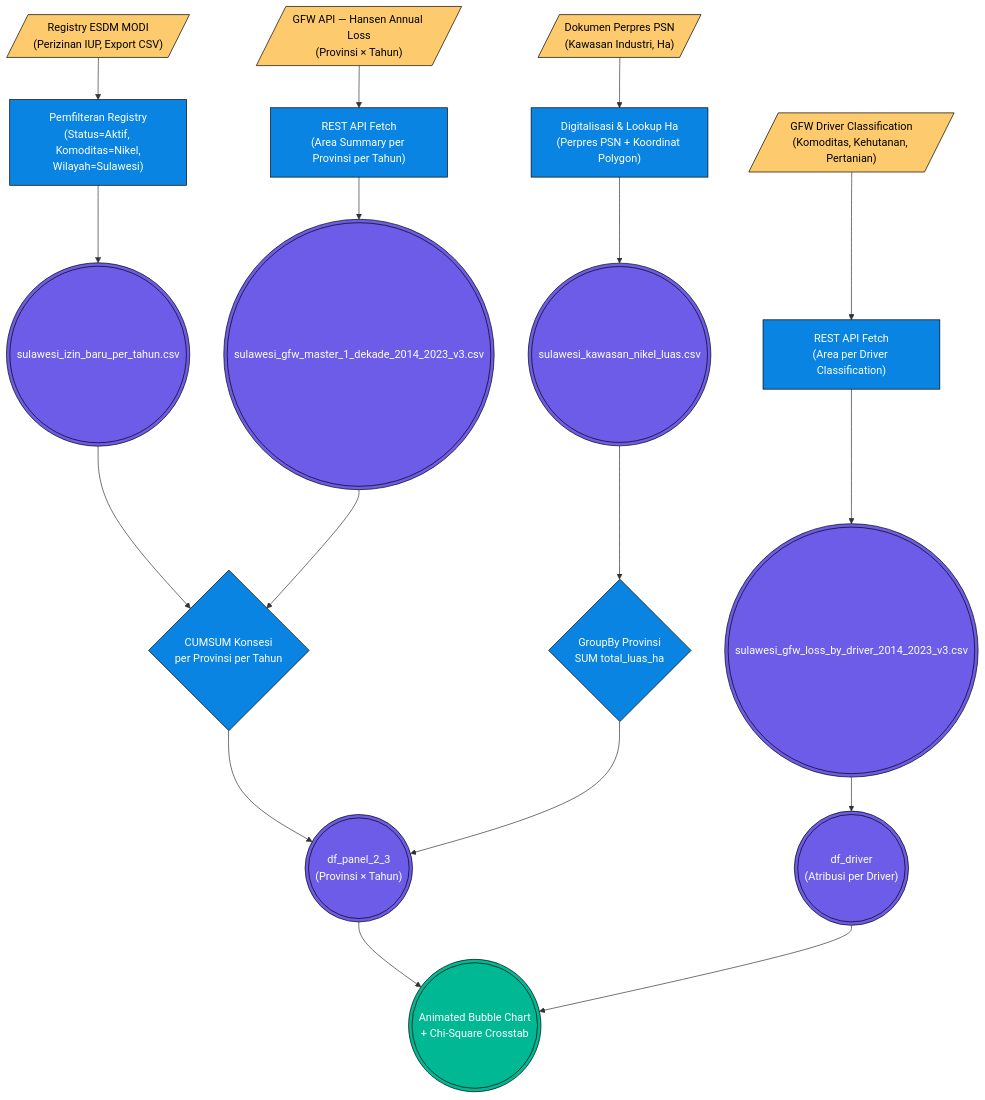
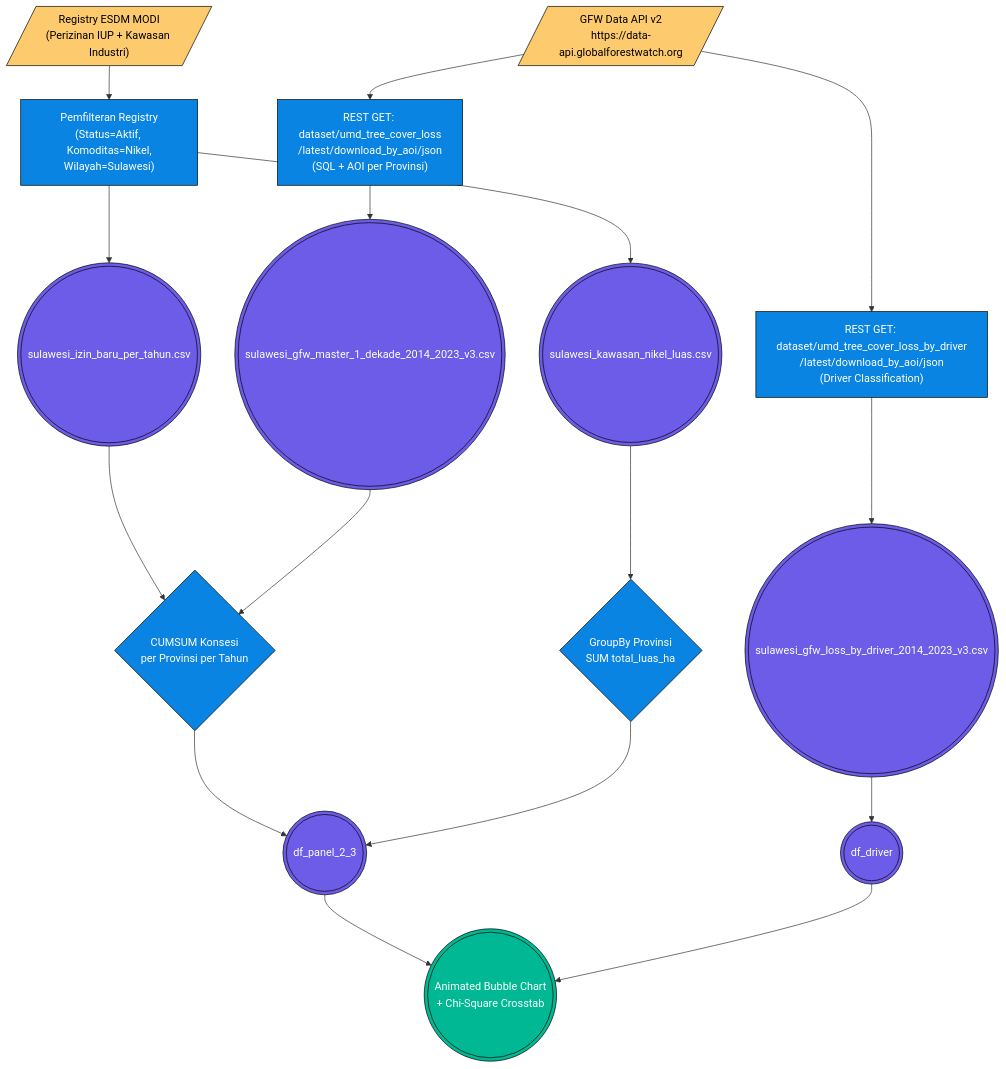
One commit to HenryAi-SIBERMU/ECC changed the diagram in tools/report_metodologi/bab_2/2.3_Metodologi_Endtoend_Ekspansi_Kawasan_vs_Deforestasi.md. Above: the diagram before and after it, drawn with Mermaid. The commit also changed other lines of this file and 9 other files, not shown here.

Commit message:
Auto-commit: Upgrade Pilar 2 Bab 2.1, 2.2, 2.3 dengan URL API lengkap, JSON response, tabel Postman, dan validasi timeframe

````diff
--- a/tools/report_metodologi/bab_2/2.3_Metodologi_Endtoend_Ekspansi_Kawasan_vs_Deforestasi.md
+++ b/tools/report_metodologi/bab_2/2.3_Metodologi_Endtoend_Ekspansi_Kawasan_vs_Deforestasi.md
@@ -39,41 +25,38 @@
 ```mermaid
 graph TD
     %% SUMBER DATA
-    SRC_MODI[/"Registry ESDM MODI\n(Perizinan IUP, Export CSV)"/]
-    SRC_KAWASAN[/"Dokumen Perpres PSN\n(Kawasan Industri, Ha)"/]
-    SRC_GFW_PANEL[/"GFW API — Hansen Annual Loss\n(Provinsi × Tahun)"/]
-    SRC_GFW_DRIVER[/"GFW Driver Classification\n(Komoditas, Kehutanan, Pertanian)"/]
+    SRC_MODI[/"Registry ESDM MODI\n(Perizinan IUP + Kawasan Industri)"/]
+    SRC_GFW[/"GFW Data API v2\nhttps://data-api.globalforestwatch.org"/]
 
     %% EKSTRAKSI
     SRC_MODI --> Ext1["Pemfilteran Registry\n(Status=Aktif, Komoditas=Nikel,\nWilayah=Sulawesi)"]
-    SRC_KAWASAN --> Ext2["Digitalisasi & Lookup Ha\n(Perpres PSN + Koordinat Polygon)"]
-    SRC_GFW_PANEL --> Ext3["REST API Fetch\n(Area Summary per Provinsi per Tahun)"]
-    SRC_GFW_DRIVER --> Ext4["REST API Fetch\n(Area per Driver Classification)"]
+    SRC_GFW --> Ext2["REST GET: dataset/umd_tree_cover_loss\n/latest/download_by_aoi/json\n(SQL + AOI per Provinsi)"]
+    SRC_GFW --> Ext3["REST GET: dataset/umd_tree_cover_loss_by_driver\n/latest/download_by_aoi/json\n(Driver Classification)"]
 
     %% INGESTION
     Ext1 --> CSV1((("sulawesi_izin_baru_per_tahun.csv")))
-    Ext2 --> CSV2((("sulawesi_kawasan_nikel_luas.csv")))
-    Ext3 --> CSV3((("sulawesi_gfw_master_1_dekade_2014_2023_v3.csv")))
-    Ext4 --> CSV4((("sulawesi_gfw_loss_by_driver_2014_2023_v3.csv")))
+    Ext1 --> CSV2((("sulawesi_kawasan_nikel_luas.csv")))
+    Ext2 --> CSV3((("sulawesi_gfw_master_1_dekade_2014_2023_v3.csv")))
+    Ext3 --> CSV4((("sulawesi_gfw_loss_by_driver_2014_2023_v3.csv")))
 
-    %% MERGING PANEL
+    %% MERGING
     CSV1 --> Merge1{"CUMSUM Konsesi\nper Provinsi per Tahun"}
     CSV2 --> Merge2{"GroupBy Provinsi\nSUM total_luas_ha"}
     CSV3 --> Merge1
-    Merge1 --> PanelA((("df_panel_2_3\n(Provinsi × Tahun)")))
+    Merge1 --> PanelA((("df_panel_2_3")))
     Merge2 --> PanelA
-    CSV4 --> PanelB((("df_driver\n(Atribusi per Driver)")))
+    CSV4 --> PanelB((("df_driver")))
 
     PanelA --> Final((("Animated Bubble Chart\n+ Chi-Square Crosstab")))
     PanelB --> Final
 
     classDef aksi fill:#0984e3,color:#fff,stroke:#000
     classDef sumber fill:#fdcb6e,color:#000,stroke:#000
     classDef final fill:#00b894,color:#fff,stroke:#000
     classDef db fill:#6c5ce7,color:#fff,stroke:#000
 
-    class Ext1,Ext2,Ext3,Ext4,Merge1,Merge2 aksi
-    class SRC_MODI,SRC_KAWASAN,SRC_GFW_PANEL,SRC_GFW_DRIVER sumber
+    class Ext1,Ext2,Ext3,Merge1,Merge2 aksi
+    class SRC_MODI,SRC_GFW sumber
     class Final final
     class CSV1,CSV2,CSV3,CSV4,PanelA,PanelB db
 ```
````
